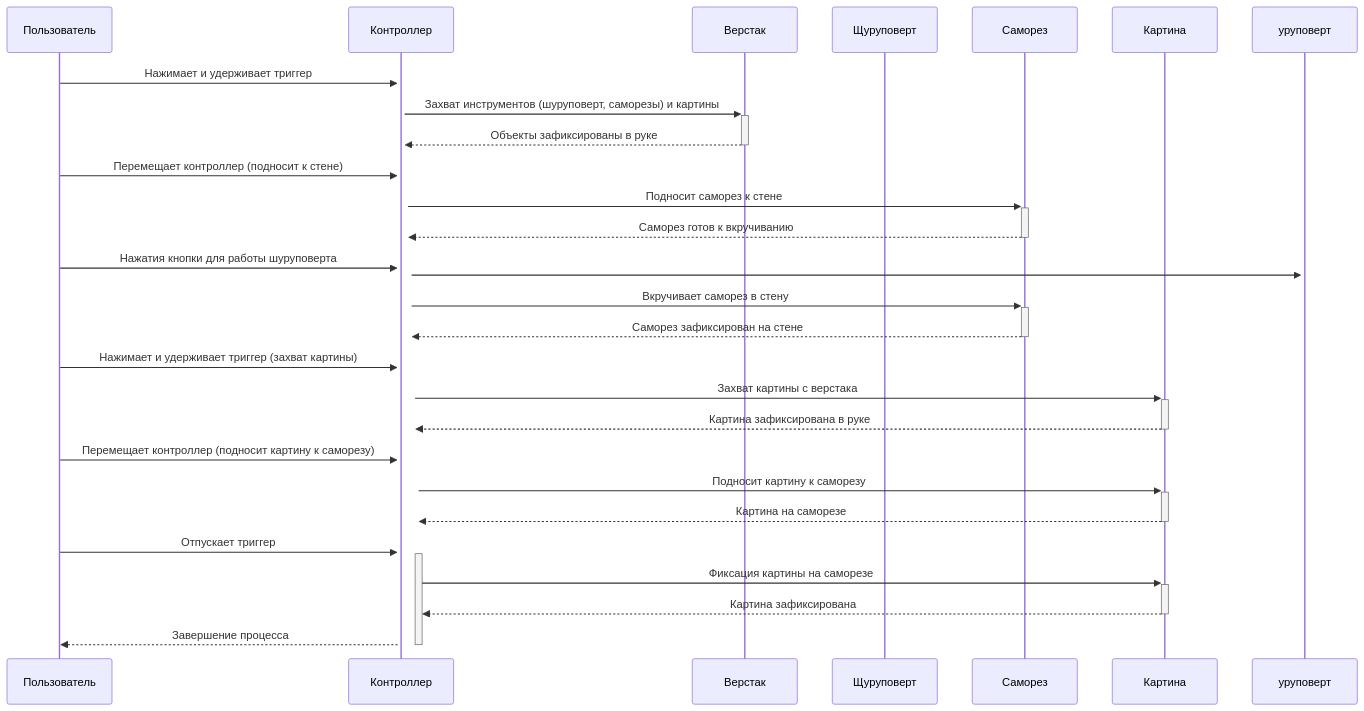
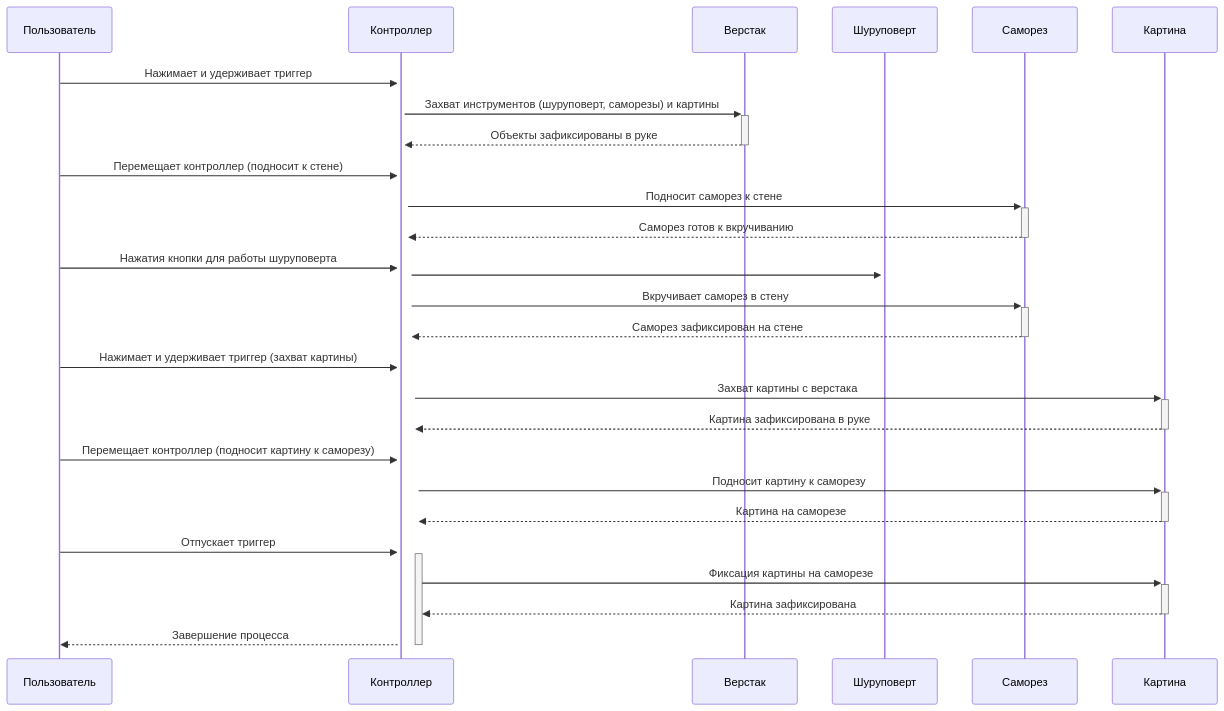
The diagram in all/не называться-1.md (NerdyCep/iodraw-files), drawn with Mermaid before and after one commit.

Commit message:
2025-02-25 18:26:32 update

````diff
--- a/all/не называться-1.md
+++ b/all/не называться-1.md
@@ -1,31 +1,31 @@
 ```mermaid
 sequenceDiagram
     participant Пользователь
     participant Контроллер
     participant Верстак
-    participant Щуруповерт
+    participant Шуруповерт
     participant Саморез
     participant Картина
     
 
     Пользователь->>+Контроллер: Нажимает и удерживает триггер
     Контроллер->>+Верстак: Захват инструментов (шуруповерт, саморезы) и картины
     Верстак-->>-Контроллер: Объекты зафиксированы в руке
     Пользователь->>+Контроллер: Перемещает контроллер (подносит к стене)
     Контроллер->>+Саморез: Подносит саморез к стене
     Саморез-->>-Контроллер: Саморез готов к вкручиванию
     Пользователь->>+Контроллер: Нажатия кнопки для работы шуруповерта
-    Контроллер->>+уруповерт:
+    Контроллер->>+Шуруповерт:
     Контроллер->>+Саморез: Вкручивает саморез в стену
     Саморез-->>-Контроллер: Саморез зафиксирован на стене
     Пользователь->>+Контроллер: Нажимает и удерживает триггер (захват картины)
     Контроллер->>+Картина: Захват картины с верстака
     Картина-->>-Контроллер: Картина зафиксирована в руке
     Пользователь->>+Контроллер: Перемещает контроллер (подносит картину к саморезу)
     Контроллер->>+Картина: Подносит картину к саморезу
     Картина-->>-Контроллер: Картина на саморезе
     Пользователь->>+Контроллер: Отпускает триггер
     Контроллер->>+Картина: Фиксация картины на саморезе
     Картина-->>-Контроллер: Картина зафиксирована
     Контроллер-->>-Пользователь: Завершение процесса
 ```
````
